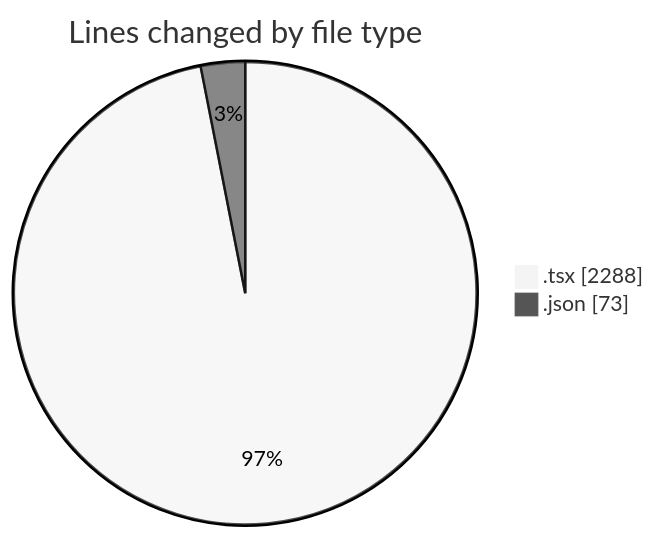
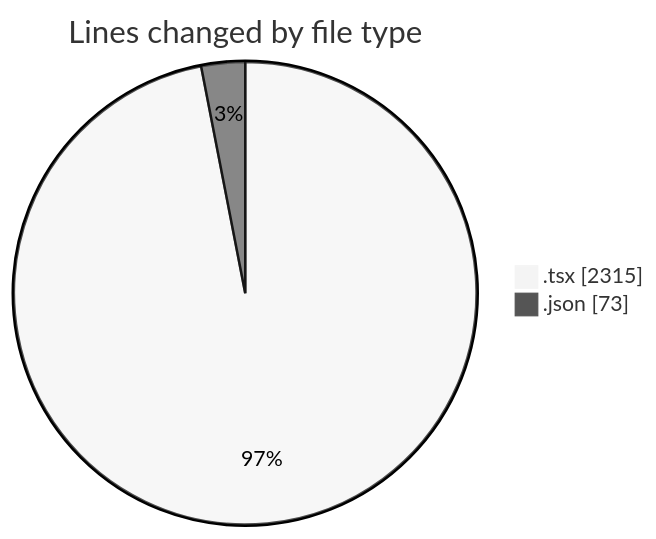
One commit to momahboobian/code-tracking changed the first of 2 diagrams in 2025-10-02/cda/README.md. Above: the diagram before and after it, drawn with Mermaid (neutral theme). The commit also changed other lines of this file and 1 other file, not shown here.

````diff
--- a/2025-10-02/cda/README.md
+++ b/2025-10-02/cda/README.md
@@ -23,6 +23,6 @@
 ```mermaid
 pie showData
 title Lines changed by file type
-".tsx" : 2288
+".tsx" : 2315
 ".json" : 73
 ```
````
